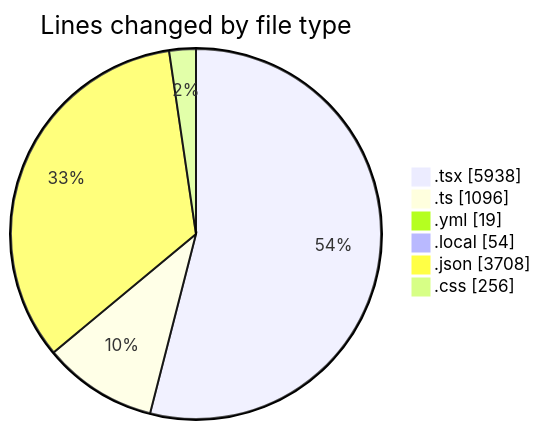
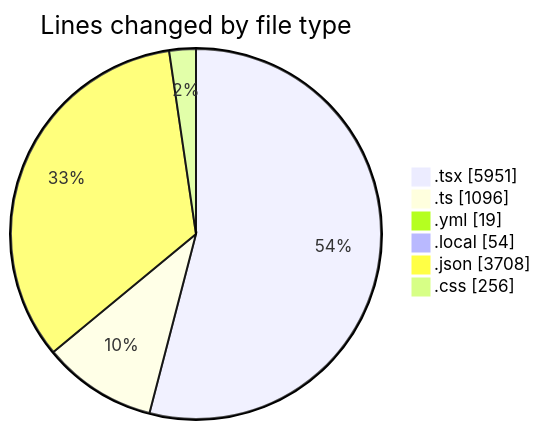
The first of 2 diagrams in 2025-11-18/eventscop-frontend-guide__workspace_/README.md (julien-gomy/code-tracking), drawn with Mermaid before and after one commit. The commit also changed other lines of this file and 1 other file, not shown here.

````diff
--- a/2025-11-18/eventscop-frontend-guide__workspace_/README.md
+++ b/2025-11-18/eventscop-frontend-guide__workspace_/README.md
@@ -78,10 +78,10 @@
 ```mermaid
 pie showData
 title Lines changed by file type
-".tsx" : 5938
+".tsx" : 5951
 ".ts" : 1096
 ".yml" : 19
 ".local" : 54
 ".json" : 3708
 ".css" : 256
 ```
````
